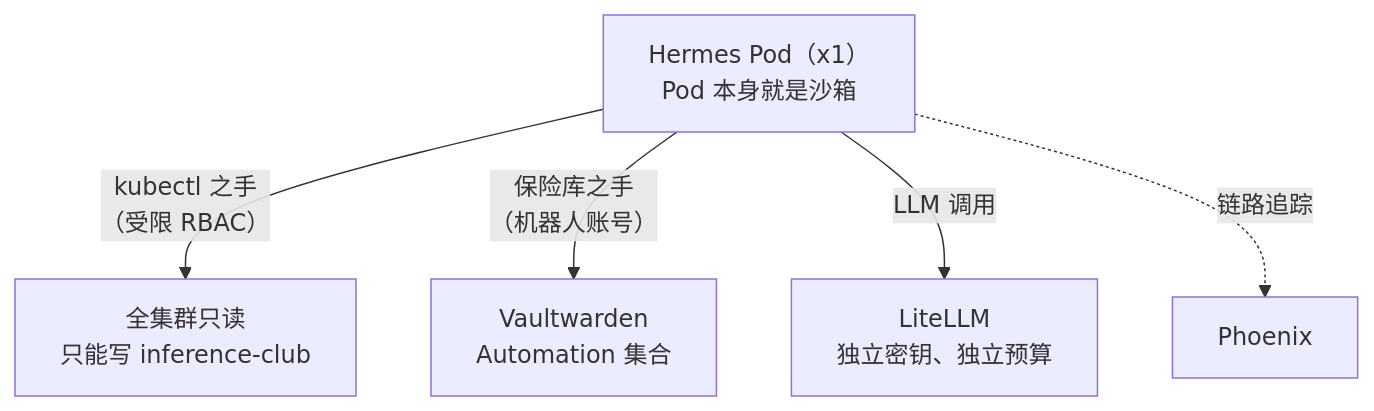
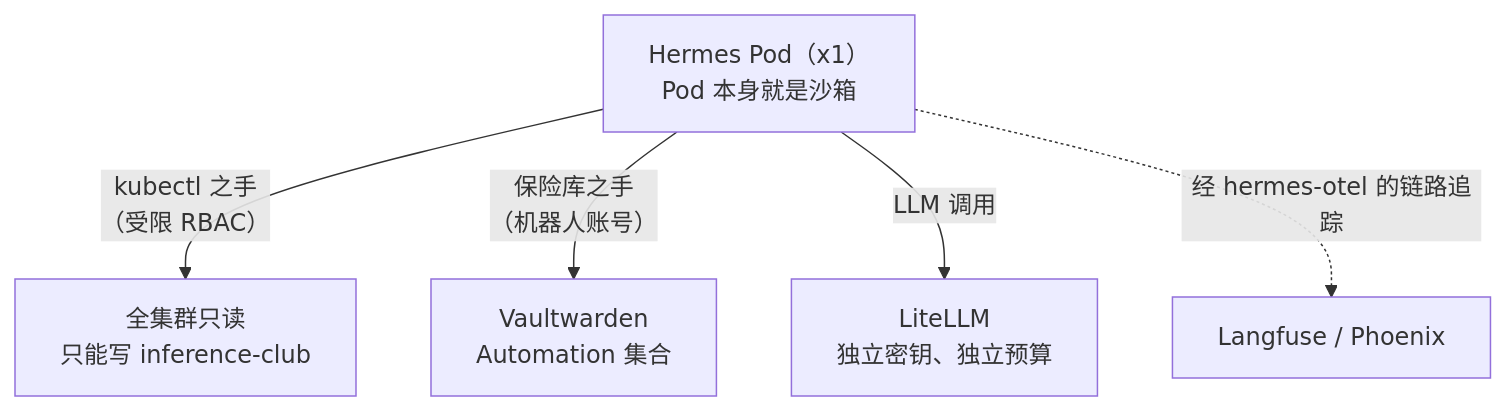
Before and after one commit to briancaffey/home-lab: the diagram in docs-site/i18n/zh-Hans/docusaurus-plugin-content-docs/current/ai/hermes.md, drawn with Mermaid. The commit also changed other lines of this file and 10 other files, not shown here.

````diff
--- a/docs-site/i18n/zh-Hans/docusaurus-plugin-content-docs/current/ai/hermes.md
+++ b/docs-site/i18n/zh-Hans/docusaurus-plugin-content-docs/current/ai/hermes.md
@@ -18,8 +18,8 @@
 ```mermaid
 flowchart TD
     H["Hermes Pod（x1）<br/>Pod 本身就是沙箱"]
     H -->|"kubectl 之手<br/>（受限 RBAC）"| K["全集群只读<br/>只能写 inference-club"]
     H -->|"保险库之手<br/>（机器人账号）"| V["Vaultwarden<br/>Automation 集合"]
     H -->|"LLM 调用"| L["LiteLLM<br/>独立密钥、独立预算"]
-    H -.链路追踪.-> P["Phoenix"]
+    H -.经 hermes-otel 的链路追踪.-> P["Langfuse / Phoenix"]
 ```
````
